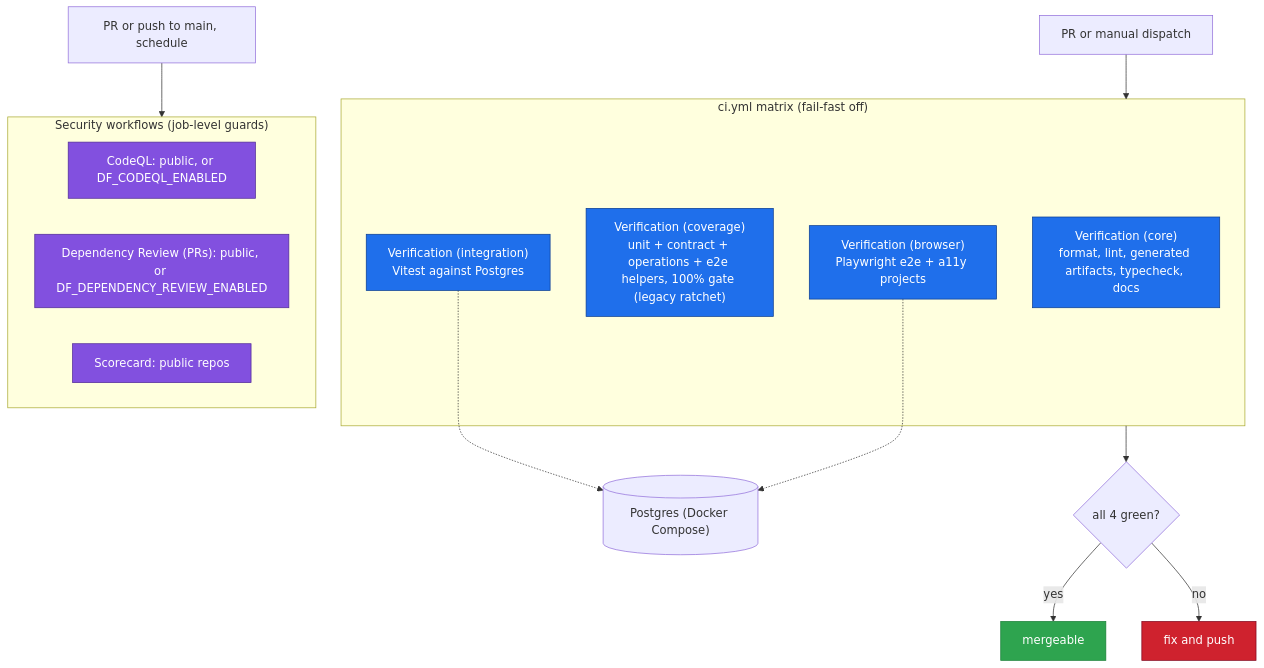
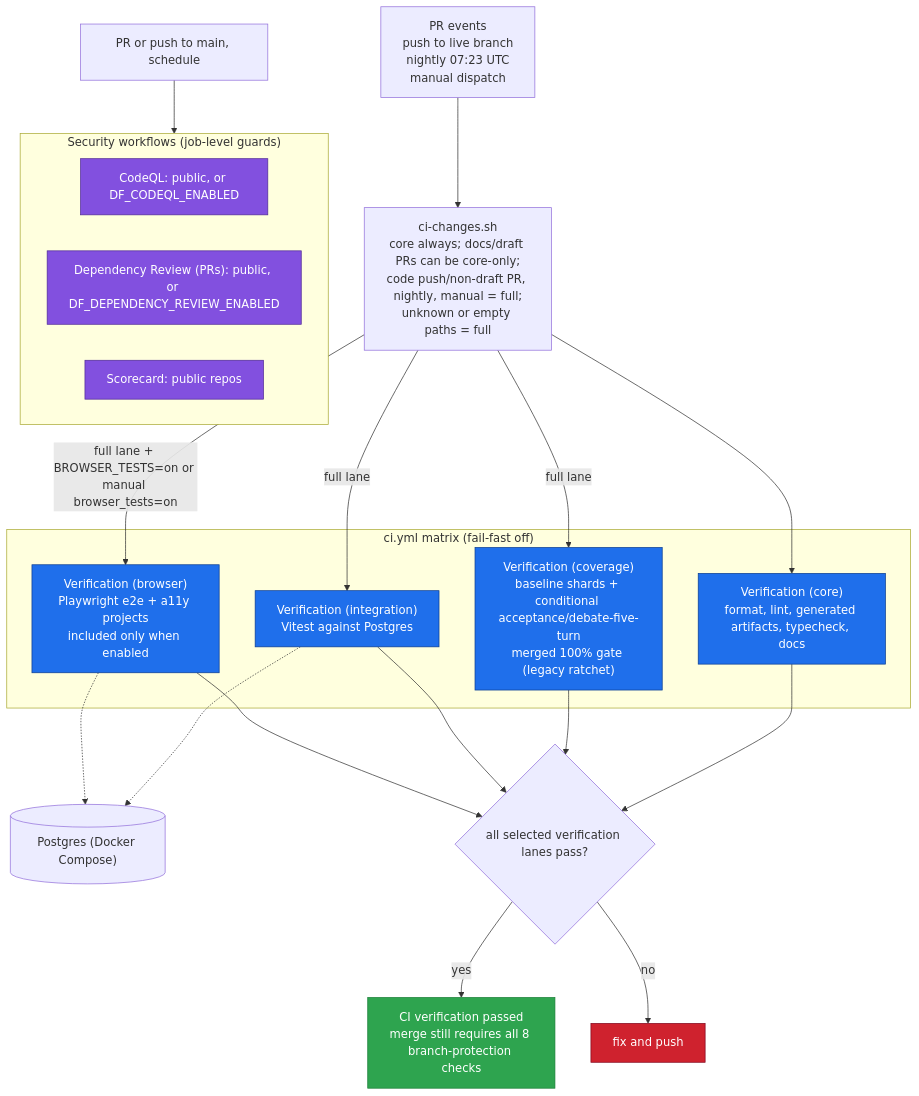
One commit to jeffscottward/vertex-research-public changed the third of 3 diagrams in ARCHITECTURE.md. Above: the diagram before and after it, drawn with Mermaid. The commit also changed other lines of this file and 13 other files, not shown here.

````diff
--- a/ARCHITECTURE.md
+++ b/ARCHITECTURE.md
@@ -98,32 +98,40 @@
 ```mermaid
 flowchart TB
-  trigger["PR or manual dispatch"] --> matrix
+  trigger["PR events<br/>push to live branch<br/>nightly 07:23 UTC<br/>manual dispatch"] --> planner
+  planner["ci-changes.sh<br/>core always; docs/draft PRs can be core-only;<br/>code push/non-draft PR, nightly, manual = full;<br/>unknown or empty paths = full"]
+  planner --> core
+  planner -- "full lane" --> cov
+  planner -- "full lane" --> integ
+  planner -- "full lane + BROWSER_TESTS=on or manual browser_tests=on" --> browser
   subgraph matrix["ci.yml matrix (fail-fast off)"]
     core["Verification (core)<br/>format, lint, generated artifacts, typecheck, docs"]
-    cov["Verification (coverage)<br/>unit + contract + operations + e2e helpers, 100% gate (legacy ratchet)"]
+    cov["Verification (coverage)<br/>baseline shards + conditional acceptance/debate-five-turn<br/>merged 100% gate (legacy ratchet)"]
     integ["Verification (integration)<br/>Vitest against Postgres"]
-    browser["Verification (browser)<br/>Playwright e2e + a11y projects"]
+    browser["Verification (browser)<br/>Playwright e2e + a11y projects<br/>included only when enabled"]
   end
   pg[("Postgres (Docker Compose)")]
   integ -.-> pg
   browser -.-> pg
-  matrix --> green{"all 4 green?"}
-  green -- yes --> merge["mergeable"]
+  core --> green{"all selected verification lanes pass?"}
+  cov --> green
+  integ --> green
+  browser --> green
+  green -- yes --> merge["CI verification passed<br/>merge still requires all 8 branch-protection checks"]
   green -- no --> fix["fix and push"]
 
   scanTrigger["PR or push to main, schedule"] --> security
   subgraph security["Security workflows (job-level guards)"]
     codeql["CodeQL: public, or DF_CODEQL_ENABLED"]
     depr["Dependency Review (PRs): public, or DF_DEPENDENCY_REVIEW_ENABLED"]
     scorecard["Scorecard: public repos"]
   end
 
   classDef lane fill:#1f6feb,stroke:#0b3d91,color:#ffffff
   classDef sec fill:#8250df,stroke:#512a97,color:#ffffff
   classDef ok fill:#2ea44f,stroke:#1a7f37,color:#ffffff
   classDef bad fill:#cf222e,stroke:#82071e,color:#ffffff
   class core,cov,integ,browser lane
   class codeql,depr,scorecard sec
   class merge ok
   class fix bad
 ```
````
